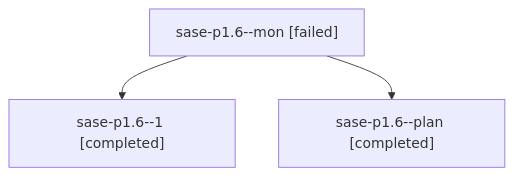
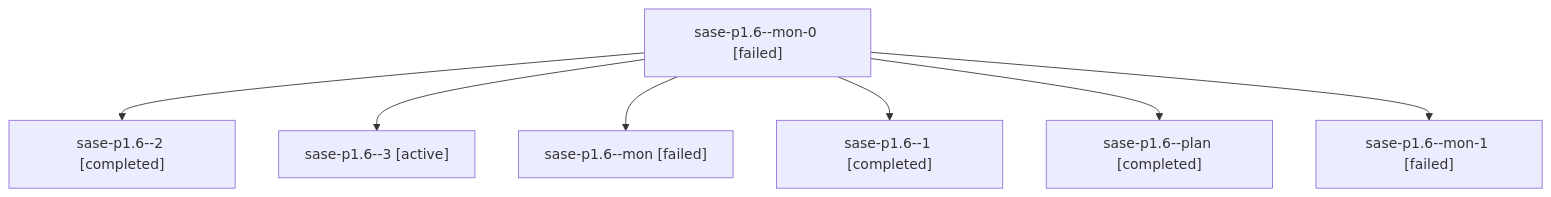
Before and after one commit to sase-org/sase--agents: the diagram in families/bbugyi200.athena.sase-p1.6.md, drawn with Mermaid. The commit also changed other lines of this file and 52 other files, not shown here.

````diff
--- a/families/bbugyi200.athena.sase-p1.6.md
+++ b/families/bbugyi200.athena.sase-p1.6.md
@@ -9,8 +9,16 @@
 ```mermaid
 flowchart TD
-  n0["sase-p1.6--mon [failed]"]
-  n1["sase-p1.6--1 [completed]"]
+  n0["sase-p1.6--mon-0 [failed]"]
+  n1["sase-p1.6--2 [completed]"]
   n0 --> n1
-  n2["sase-p1.6--plan [completed]"]
+  n2["sase-p1.6--3 [active]"]
   n0 --> n2
+  n3["sase-p1.6--mon [failed]"]
+  n0 --> n3
+  n4["sase-p1.6--1 [completed]"]
+  n0 --> n4
+  n5["sase-p1.6--plan [completed]"]
+  n0 --> n5
+  n6["sase-p1.6--mon-1 [failed]"]
+  n0 --> n6
 ```
````
